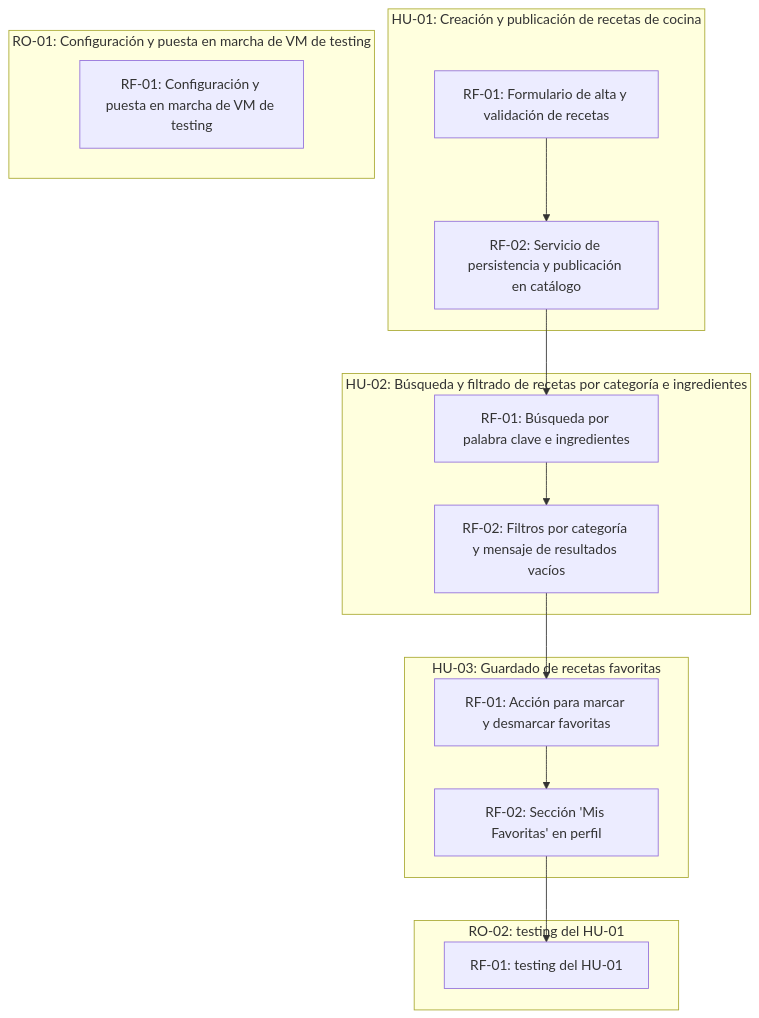
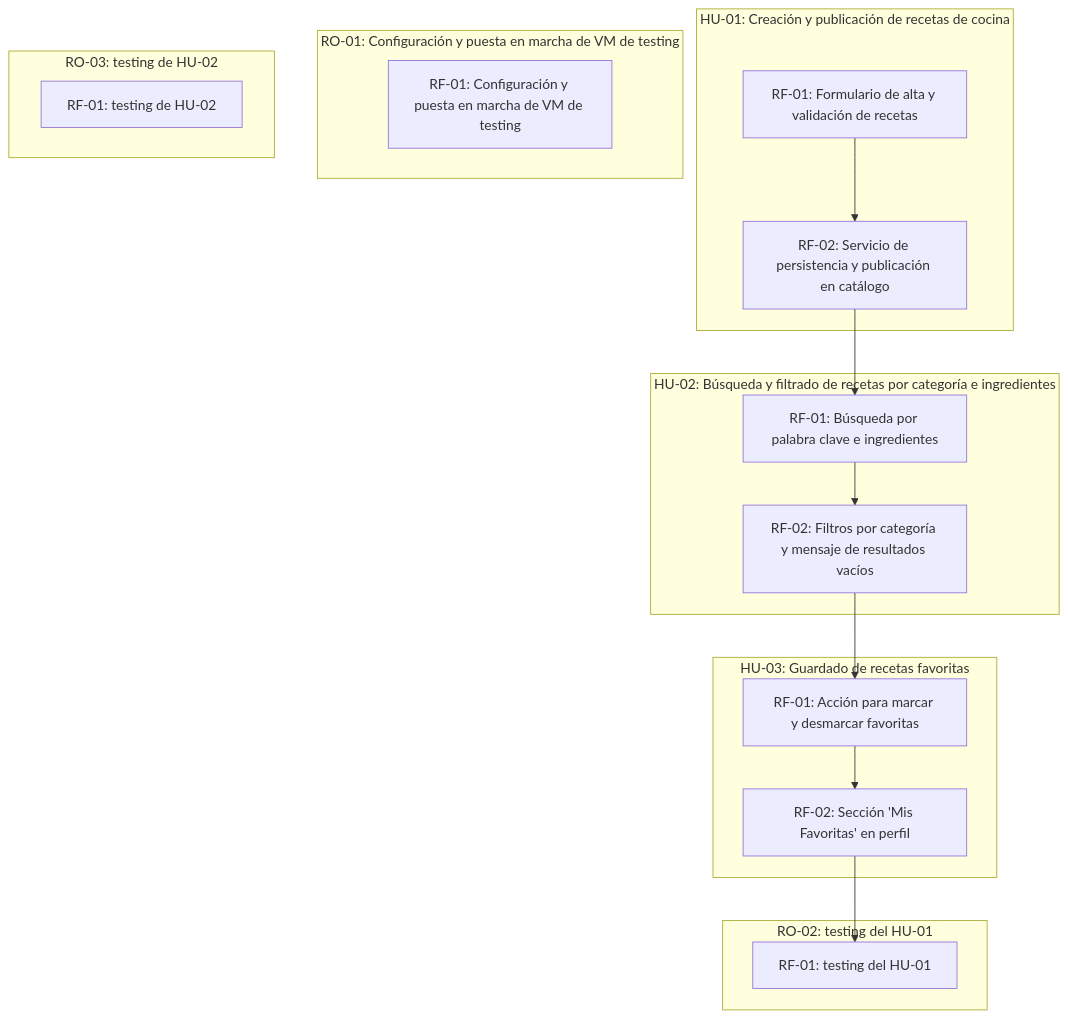
Before and after one commit to SVGiannoni/RecetasPanaRossi: the diagram in scrumDocs/grafo.md, drawn with Mermaid. The commit also changed other lines of this file, not shown here.

Commit message:
Auto-publish: actualiza scrumDocs/grafo.md

````diff
--- a/scrumDocs/grafo.md
+++ b/scrumDocs/grafo.md
@@ -5,27 +5,30 @@
 ```mermaid
 graph TD
   subgraph US_1788784804716["HU-01: Creación y publicación de recetas de cocina"]
     REQ_1788785182545["RF-01: Formulario de alta y validación de recetas"]
     REQ_1788785196739["RF-02: Servicio de persistencia y publicación en catálogo"]
   end
   subgraph US_1788784817567["HU-02: Búsqueda y filtrado de recetas por categoría e ingredientes"]
     REQ_1788785446610["RF-01: Búsqueda por palabra clave e ingredientes"]
     REQ_1788785477255["RF-02: Filtros por categoría y mensaje de resultados vacíos"]
   end
   subgraph US_1788784829317["HU-03: Guardado de recetas favoritas"]
     REQ_1788785498187["RF-01: Acción para marcar y desmarcar favoritas"]
     REQ_1788785510602["RF-02: Sección 'Mis Favoritas' en perfil"]
   end
   subgraph US_1788785524805["RO-01: Configuración y puesta en marcha de VM de testing"]
     REQ_1788785524811["RF-01: Configuración y puesta en marcha de VM de testing"]
   end
   subgraph US_1788790818388["RO-02: testing del HU-01"]
     REQ_1788790818395["RF-01: testing del HU-01"]
   end
+  subgraph US_1788790905857["RO-03: testing de HU-02"]
+    REQ_1788790905863["RF-01: testing de HU-02"]
+  end
   REQ_1788785182545 --> REQ_1788785196739
   REQ_1788785196739 --> REQ_1788785446610
   REQ_1788785446610 --> REQ_1788785477255
   REQ_1788785477255 --> REQ_1788785498187
   REQ_1788785498187 --> REQ_1788785510602
   REQ_1788785510602 --> REQ_1788790818395
 ```
````
